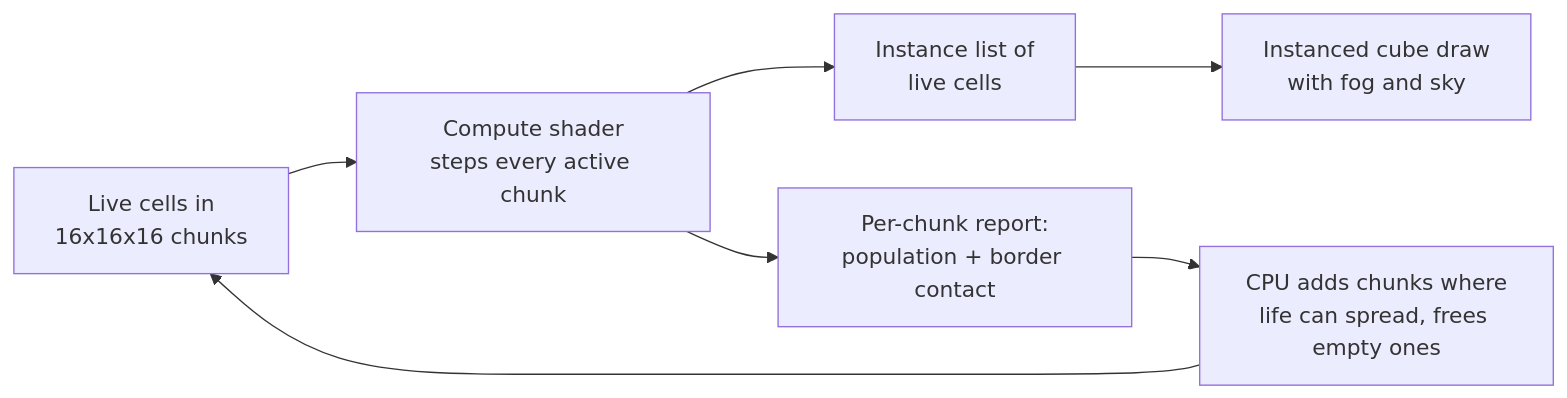
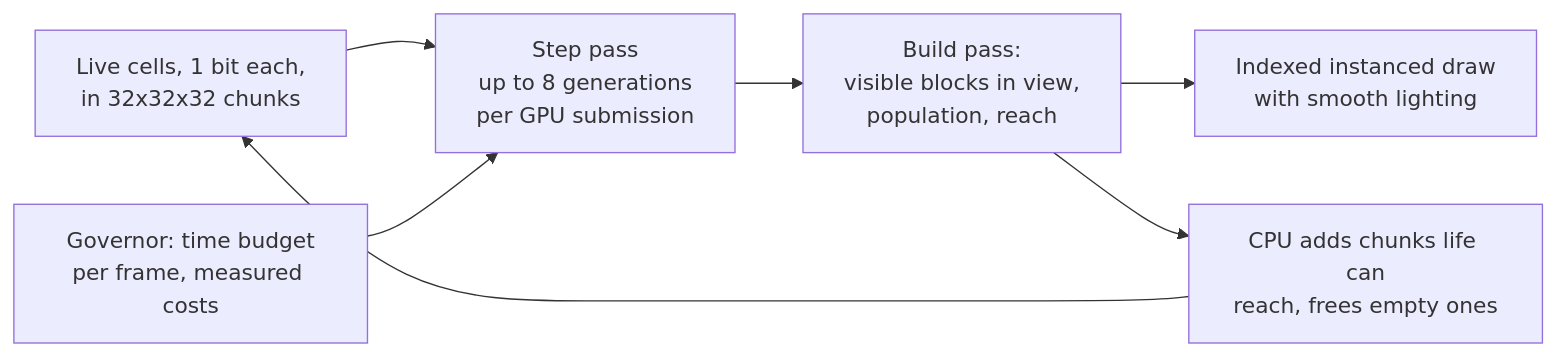
One commit to CameronWeller/3DGameOfLife-Vulkan-Edition changed the diagram in README.md. Above: the diagram before and after it, drawn with Mermaid. The commit also changed other lines of this file and 12 other files, not shown here.

````diff
--- a/README.md
+++ b/README.md
@@ -370,9 +406,9 @@
 ```mermaid
 flowchart LR
-    A[Live cells in<br/>16x16x16 chunks] --> B[Compute shader<br/>steps every active chunk]
-    B --> C[Instance list of<br/>live cells]
-    B --> D[Per-chunk report:<br/>population + border contact]
-    C --> E[Instanced cube draw<br/>with fog and sky]
-    D --> F[CPU adds chunks where<br/>life can spread, frees empty ones]
+    A[Live cells, 1 bit each,<br/>in 32x32x32 chunks] --> B[Step pass<br/>up to 8 generations<br/>per GPU submission]
+    B --> C[Build pass:<br/>visible blocks in view,<br/>population, reach]
+    C --> E[Indexed instanced draw<br/>with smooth lighting]
+    C --> F[CPU adds chunks life can<br/>reach, frees empty ones]
     F --> A
+    G[Governor: time budget<br/>per frame, measured costs] --> B
 ```
````
